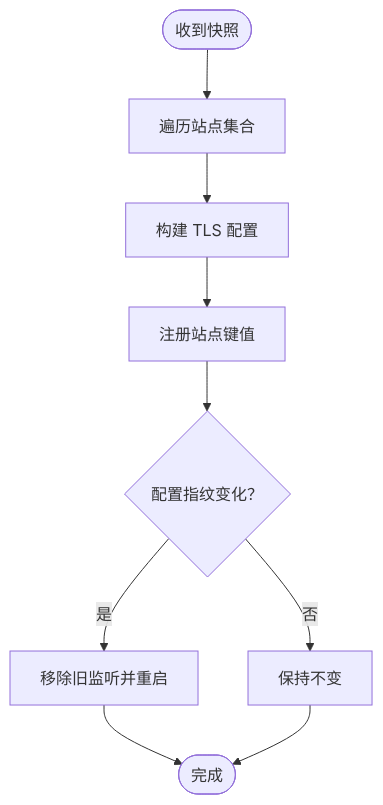
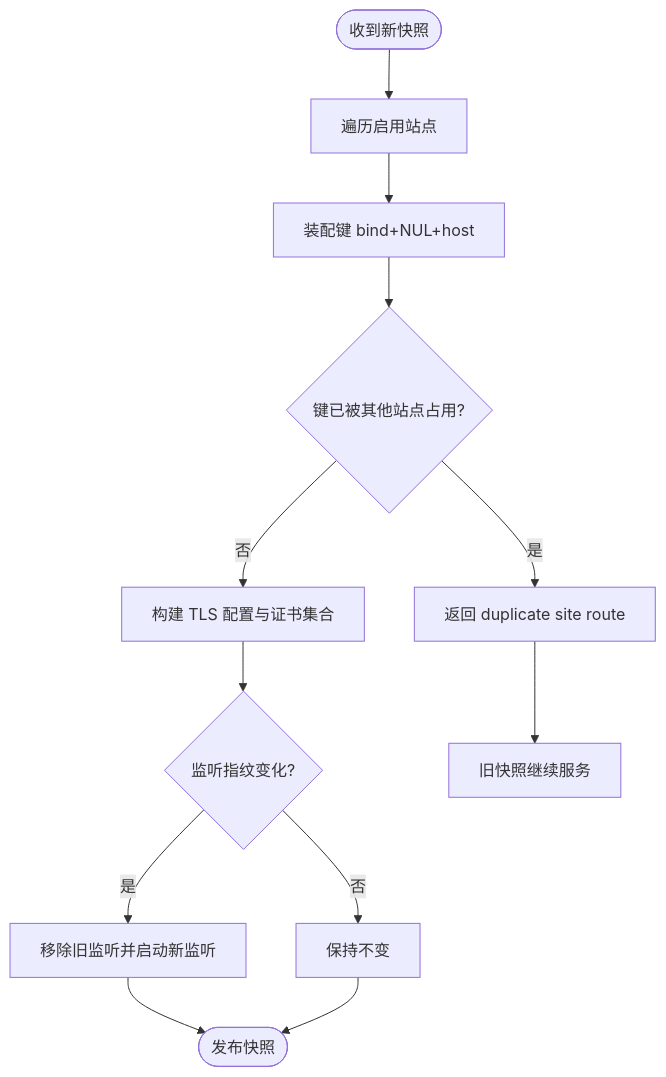
The fifth of 6 diagrams in docs/管理 API 系统/站点管理 API.md (x01n/My-OpenWaf), drawn with Mermaid before and after one commit. The commit also changed other lines of this file and 622 other files, not shown here.

````diff
--- a/docs/管理 API 系统/站点管理 API.md
+++ b/docs/管理 API 系统/站点管理 API.md
@@ -233,11 +466,14 @@
 ```mermaid
 flowchart TD
-Start(["收到快照"]) --> Iterate["遍历站点集合"]
-Iterate --> BuildTLS["构建 TLS 配置"]
-BuildTLS --> Register["注册站点键值"]
-Register --> DetectDrift{"配置指纹变化？"}
-DetectDrift --> |是| Restart["移除旧监听并重启"]
-DetectDrift --> |否| Keep["保持不变"]
-Restart --> Done(["完成"])
-Keep --> Done
+S(["收到新快照"]) --> I["遍历启用站点"]
+I --> K["装配键 bind+NUL+host"]
+K --> C{"键已被其他站点占用?"}
+C --> |是| ERR["返回 duplicate site route"]
+C --> |否| TLS["构建 TLS 配置与证书集合"]
+TLS --> F{"监听指纹变化?"}
+F --> |是| RS["移除旧监听并启动新监听"]
+F --> |否| KEEP["保持不变"]
+RS --> DONE(["发布快照"])
+KEEP --> DONE
+ERR --> OLD["旧快照继续服务"]
 ```
````
